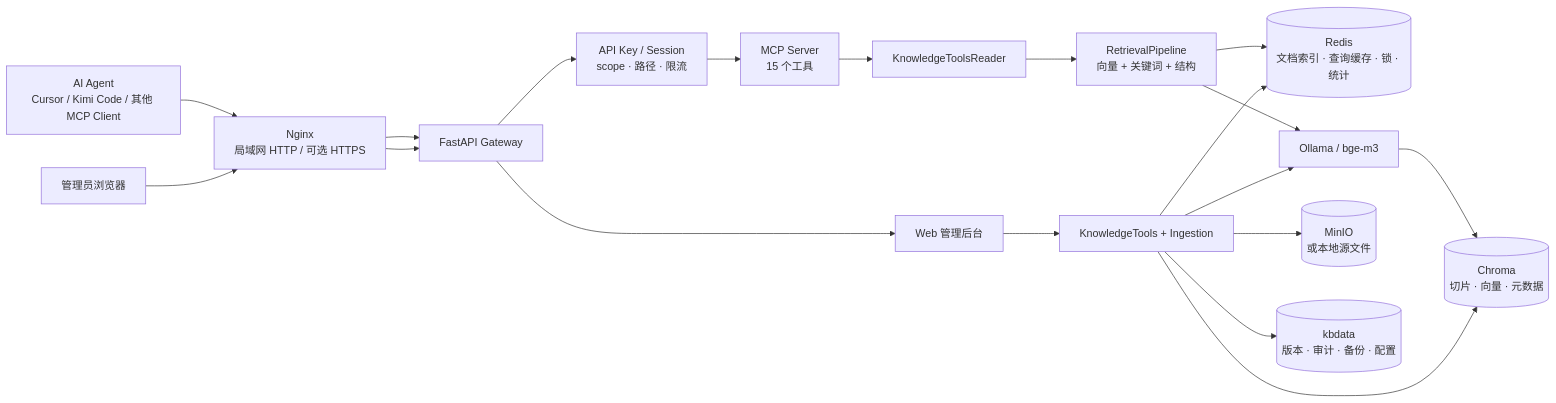
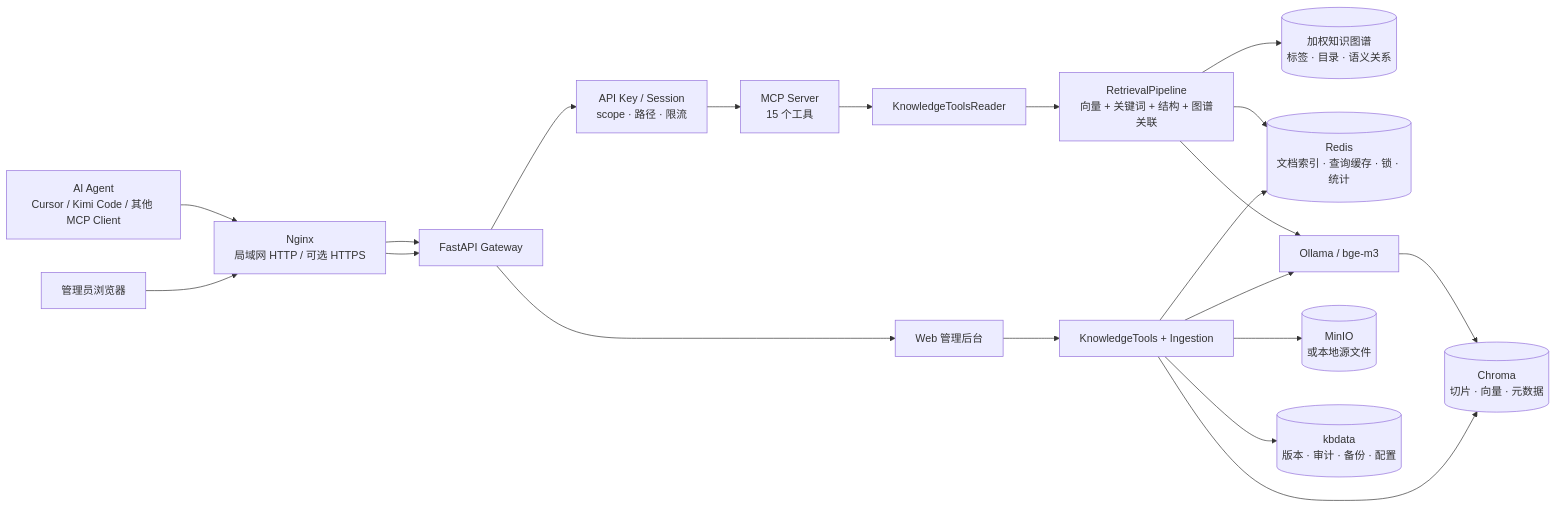
One commit to KingDevatil/knowledge-base-management changed the first of 2 diagrams in README.md. Above: the diagram before and after it, drawn with Mermaid. The commit also changed other lines of this file and 29 other files, not shown here.

Commit message:
优化部署方式，增强图谱及图谱关联检索

````diff
--- a/README.md
+++ b/README.md
@@ -22,28 +22,30 @@
 ```mermaid
 flowchart LR
     Agent["AI Agent<br/>Cursor / Kimi Code / 其他 MCP Client"]
     Browser["管理员浏览器"]
     Nginx["Nginx<br/>局域网 HTTP / 可选 HTTPS"]
     FastAPI["FastAPI Gateway"]
     Auth["API Key / Session<br/>scope · 路径 · 限流"]
     MCP["MCP Server<br/>15 个工具"]
     Admin["Web 管理后台"]
     Reader["KnowledgeToolsReader"]
     Writer["KnowledgeTools + Ingestion"]
-    Retrieval["RetrievalPipeline<br/>向量 + 关键词 + 结构"]
+    Retrieval["RetrievalPipeline<br/>向量 + 关键词 + 结构 + 图谱关联"]
+    Graph[("加权知识图谱<br/>标签 · 目录 · 语义关系")]
     Redis[("Redis<br/>文档索引 · 查询缓存 · 锁 · 统计")]
     Chroma[("Chroma<br/>切片 · 向量 · 元数据")]
     Ollama["Ollama / bge-m3"]
     Source[("MinIO<br/>或本地源文件")]
     Files[("kbdata<br/>版本 · 审计 · 备份 · 配置")]
 
     Agent --> Nginx --> FastAPI --> Auth --> MCP --> Reader --> Retrieval
     Browser --> Nginx --> FastAPI --> Admin --> Writer
     Retrieval --> Redis
     Retrieval --> Ollama --> Chroma
+    Retrieval --> Graph
     Writer --> Ollama
     Writer --> Chroma
     Writer --> Source
     Writer --> Redis
     Writer --> Files
 ```
````
